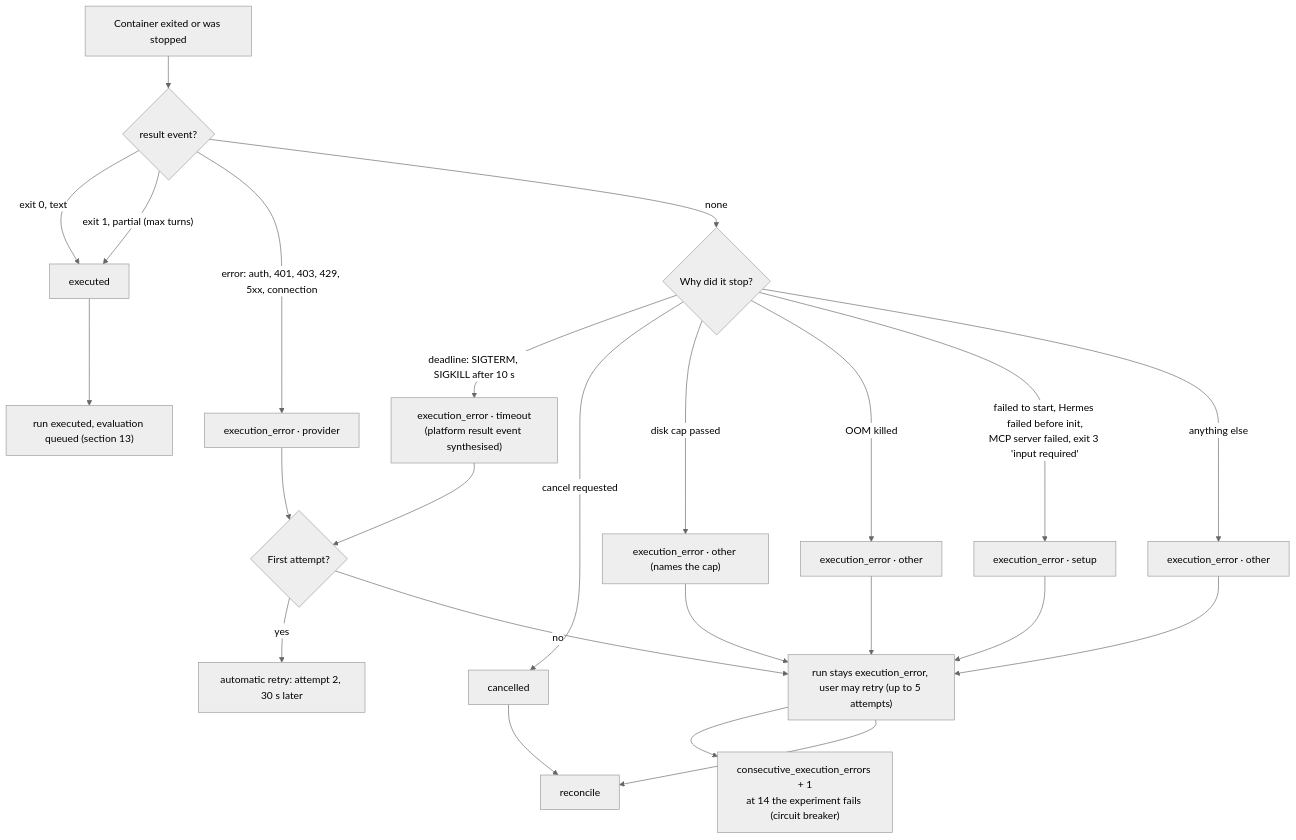
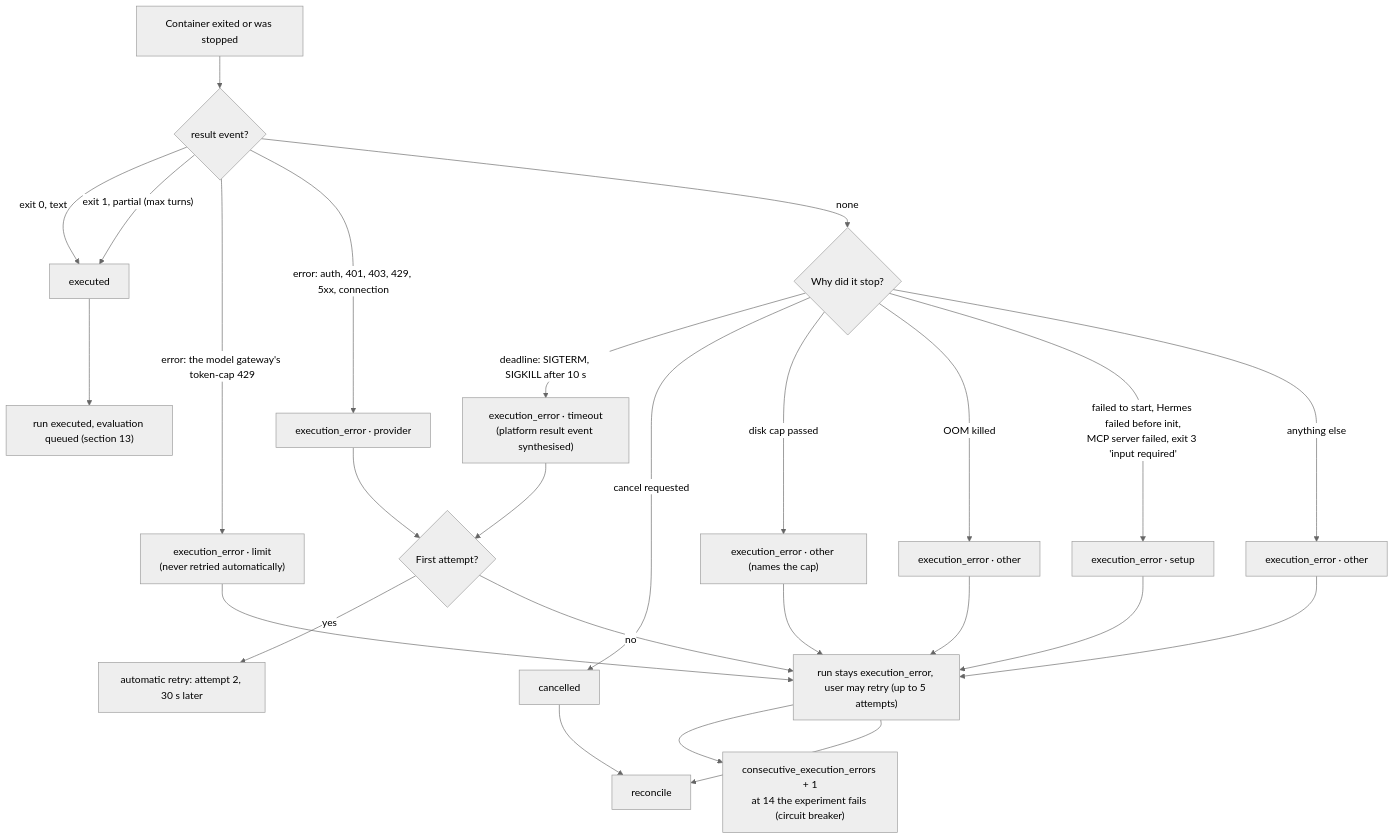
One commit to sasuke007/hermes-evals changed diagram 28 of 38 in UI_FLOWS.md. Above: the diagram before and after it, drawn with Mermaid (neutral theme). The commit also changed other lines of this file and 164 other files, not shown here.

````diff
--- a/UI_FLOWS.md
+++ b/UI_FLOWS.md
@@ -1023,27 +1023,29 @@
 ```mermaid
 flowchart TD
   X["Container exited or was stopped"] --> R{"result event?"}
   R -- "exit 0, text" --> EX["executed"]
   R -- "exit 1, partial (max turns)" --> EX
+  R -- "error: the model gateway's token-cap 429" --> LI["execution_error · limit<br/>(never retried automatically)"]
   R -- "error: auth, 401, 403, 429, 5xx, connection" --> PV["execution_error · provider"]
   R -- none --> W{"Why did it stop?"}
   W -- "deadline: SIGTERM, SIGKILL after 10 s" --> TO["execution_error · timeout<br/>(platform result event synthesised)"]
   W -- "cancel requested" --> CA["cancelled"]
   W -- "disk cap passed" --> DK["execution_error · other (names the cap)"]
   W -- "OOM killed" --> OM["execution_error · other"]
   W -- "failed to start, Hermes failed before init,<br/>MCP server failed, exit 3 'input required'" --> SE["execution_error · setup"]
   W -- "anything else" --> OT["execution_error · other"]
 
   EX --> EV["run executed, evaluation queued (section 13)"]
   PV --> AR{"First attempt?"}
   TO --> AR
   AR -- yes --> RQ["automatic retry: attempt 2, 30 s later"]
   AR -- no --> FE["run stays execution_error, user may retry (up to 5 attempts)"]
   SE --> FE
+  LI --> FE
   DK --> FE
   OM --> FE
   OT --> FE
   CA --> RC["reconcile"]
   FE --> CB["consecutive_execution_errors + 1<br/>at 14 the experiment fails (circuit breaker)"]
   FE --> RC
 ```
````
